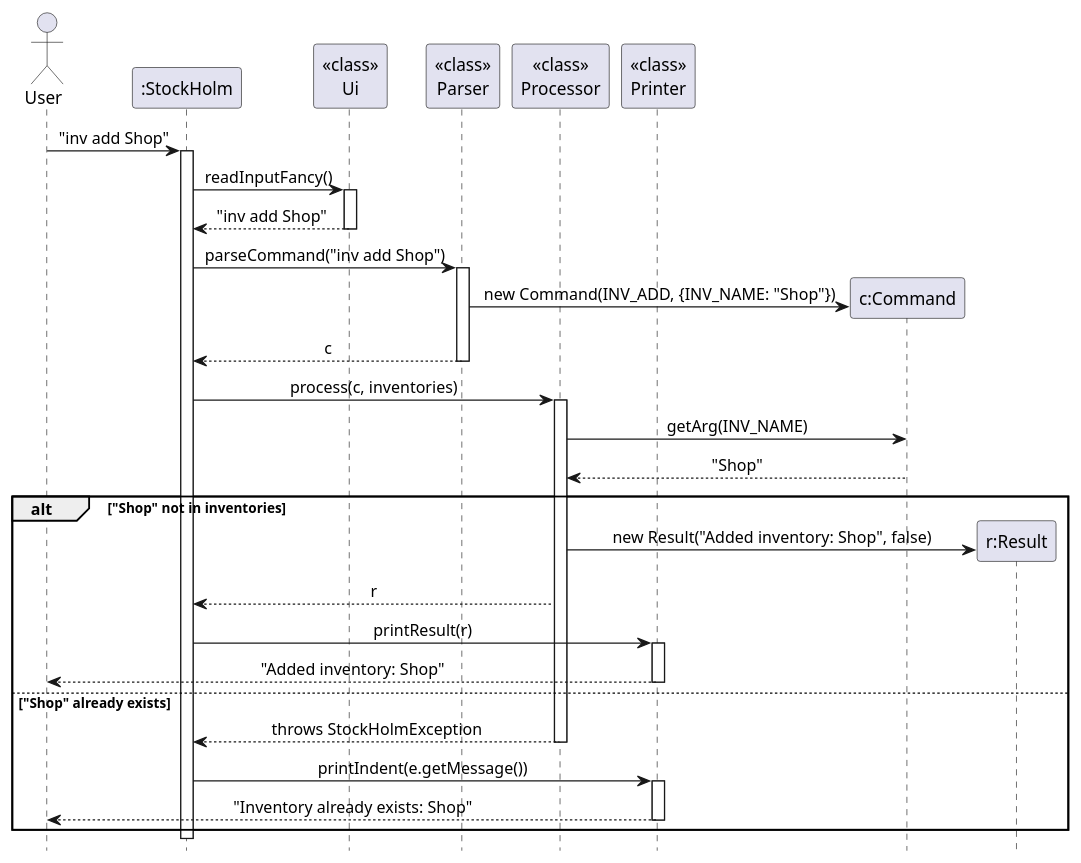
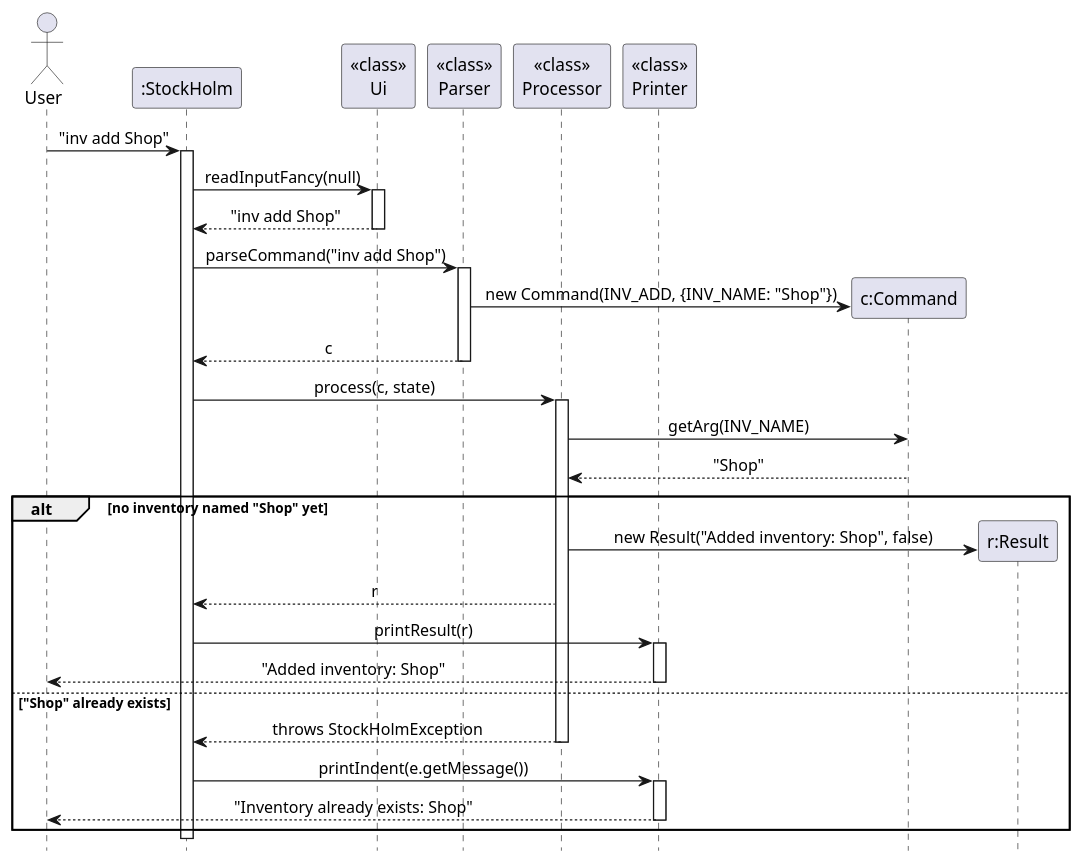
Before and after one commit to AY2627S1-CS2113-W14-4/tp: the diagram in docs/diagrams/InvAddSequence.puml, drawn with PlantUML. The commit also changed 8 other files, not shown here.

```diff
--- a/docs/diagrams/InvAddSequence.puml
+++ b/docs/diagrams/InvAddSequence.puml
@@ -1,47 +1,47 @@
 @startuml
 hide footbox
 skinparam sequenceMessageAlign center
 
 actor User
 participant ":StockHolm" as Main
 participant "<<class>>\nUi" as Ui
 participant "<<class>>\nParser" as Parser
 participant "<<class>>\nProcessor" as Processor
 participant "<<class>>\nPrinter" as Printer
 
 User -> Main : "inv add Shop"
 activate Main
-Main -> Ui : readInputFancy()
+Main -> Ui : readInputFancy(null)
 activate Ui
 Ui --> Main : "inv add Shop"
 deactivate Ui
 
 Main -> Parser : parseCommand("inv add Shop")
 activate Parser
 create participant "c:Command" as Cmd
 Parser -> Cmd : new Command(INV_ADD, {INV_NAME: "Shop"})
 Parser --> Main : c
 deactivate Parser
 
-Main -> Processor : process(c, inventories)
+Main -> Processor : process(c, state)
 activate Processor
 Processor -> Cmd : getArg(INV_NAME)
 Cmd --> Processor : "Shop"
-alt "Shop" not in inventories
+alt no inventory named "Shop" yet
     create participant "r:Result" as Res
     Processor -> Res : new Result("Added inventory: Shop", false)
     Processor --> Main : r
     Main -> Printer : printResult(r)
     activate Printer
     Printer --> User : "Added inventory: Shop"
     deactivate Printer
 else "Shop" already exists
     Processor --> Main : throws StockHolmException
     deactivate Processor
     Main -> Printer : printIndent(e.getMessage())
     activate Printer
     Printer --> User : "Inventory already exists: Shop"
     deactivate Printer
 end
 deactivate Main
 @enduml
```
